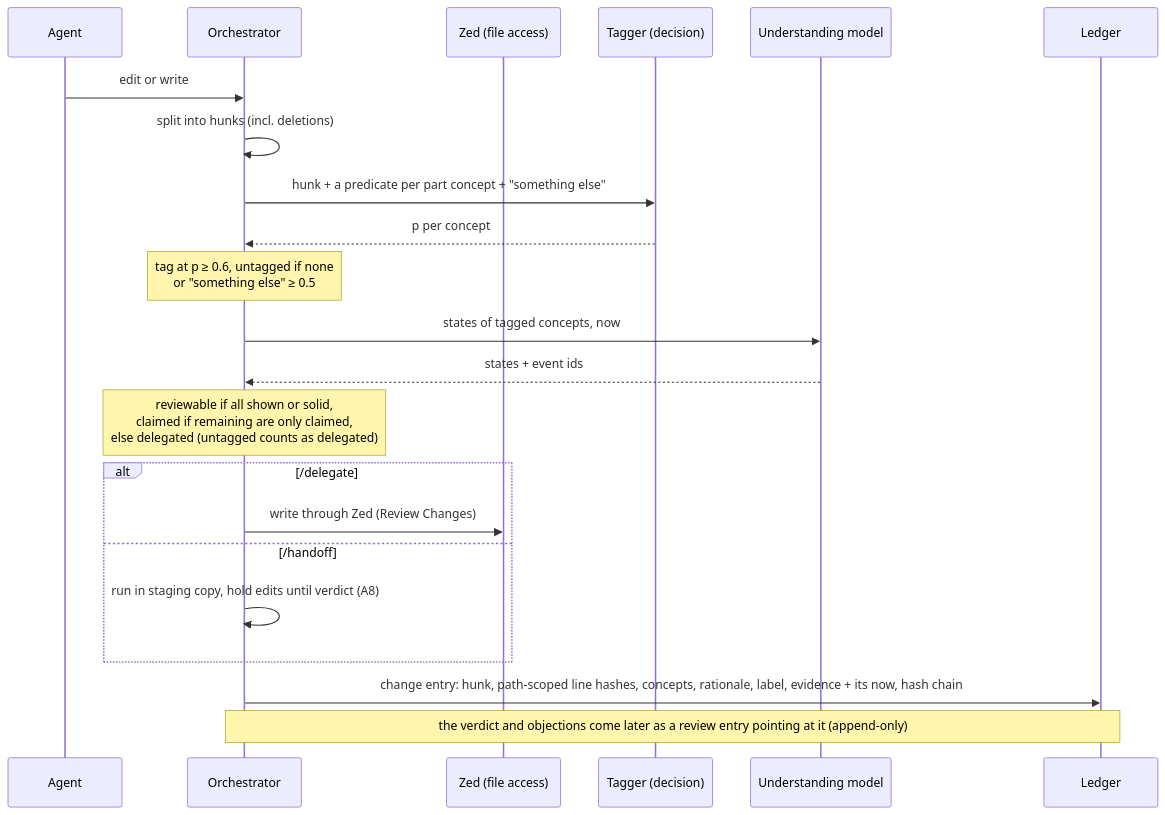
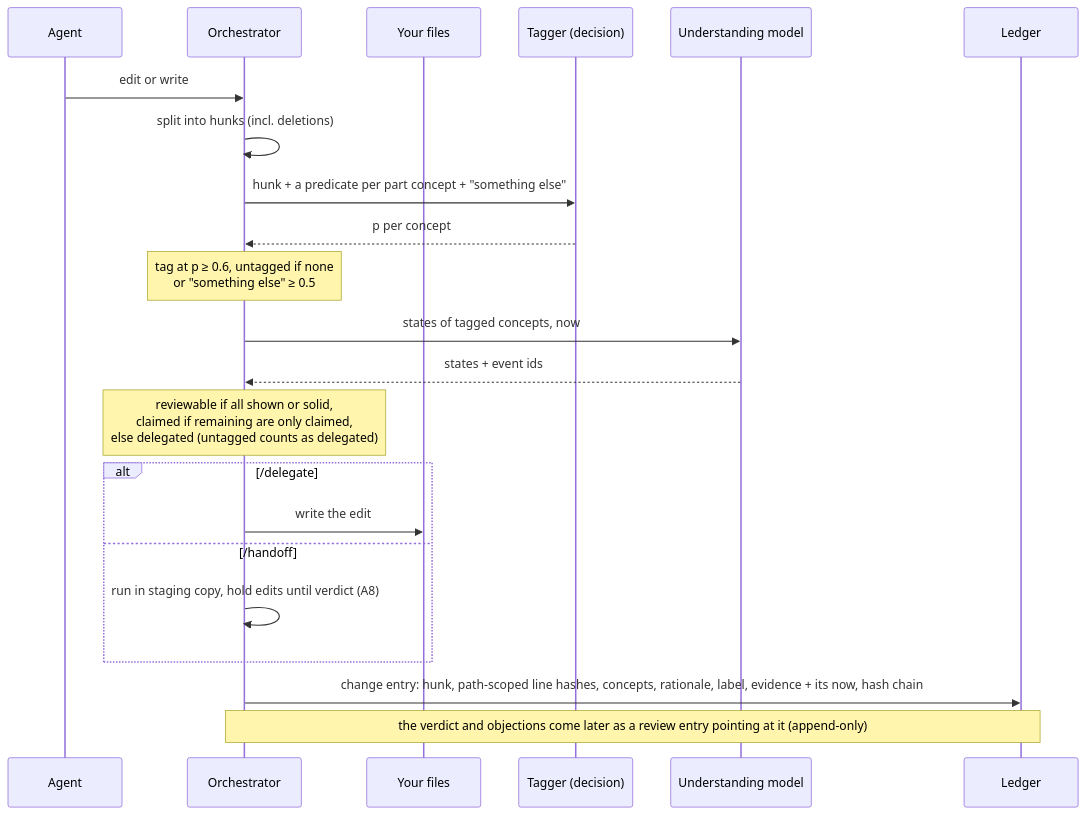
The tenth of 13 diagrams in docs/theory.md (lprsrts/pathfinder), drawn with Mermaid before and after one commit. The commit also changed other lines of this file and 50 other files, not shown here.

````diff
--- a/docs/theory.md
+++ b/docs/theory.md
@@ -420,24 +420,24 @@
 ```mermaid
 sequenceDiagram
     participant A as Agent
     participant O as Orchestrator
-    participant Z as Zed (file access)
+    participant W as Your files
     participant T as Tagger (decision)
     participant LM as Understanding model
     participant L as Ledger
     A->>O: edit or write
     O->>O: split into hunks (incl. deletions)
     O->>T: hunk + a predicate per part concept + "something else"
     T-->>O: p per concept
     Note over O: tag at p ≥ 0.6, untagged if none<br/>or "something else" ≥ 0.5
     O->>LM: states of tagged concepts, now
     LM-->>O: states + event ids
     Note over O: reviewable if all shown or solid,<br/>claimed if remaining are only claimed,<br/>else delegated (untagged counts as delegated)
     alt /delegate
-        O->>Z: write through Zed (Review Changes)
+        O->>W: write the edit
     else /handoff
         O->>O: run in staging copy, hold edits until verdict (A8)
     end
     O->>L: change entry: hunk, path-scoped line hashes, concepts, rationale, label, evidence + its now, hash chain
     Note over O,L: the verdict and objections come later as a review entry pointing at it (append-only)
 ```
````
